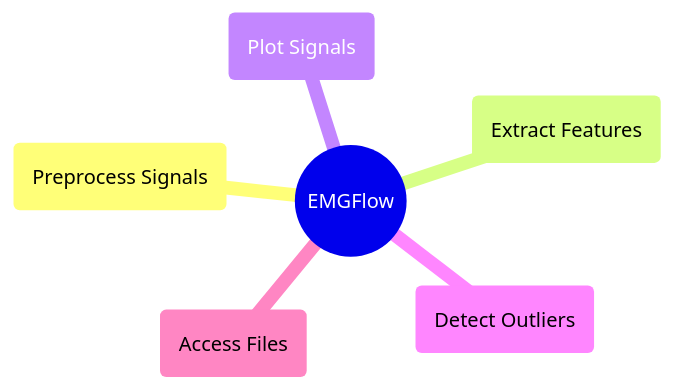
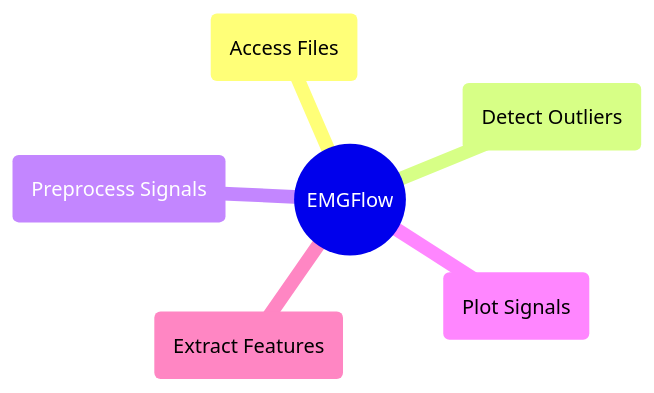
The diagram in docs/reference/api-overview.md (WiIIson/EMGFlow-Python-Package), drawn with Mermaid before and after one commit. The commit also changed other lines of this file and 6 other files, not shown here.

````diff
--- a/docs/reference/api-overview.md
+++ b/docs/reference/api-overview.md
@@ -17,9 +17,9 @@
 ```mermaid
 mindmap
     root((EMGFlow))
+        AF(Access Files)
+        DO(Detect Outliers)
         PrS(Preprocess Signals)
+        PlS(Plot Signals)
         EF(Extract Features)
-        PlS(Plot Signals)
-        DO(Detect Outliers)
-        AF(Access Files)
 ```
````
